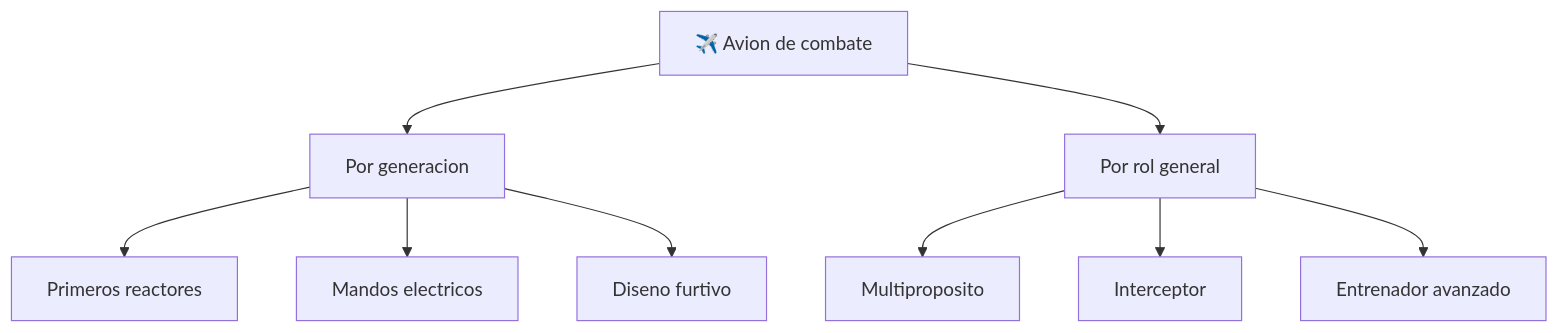
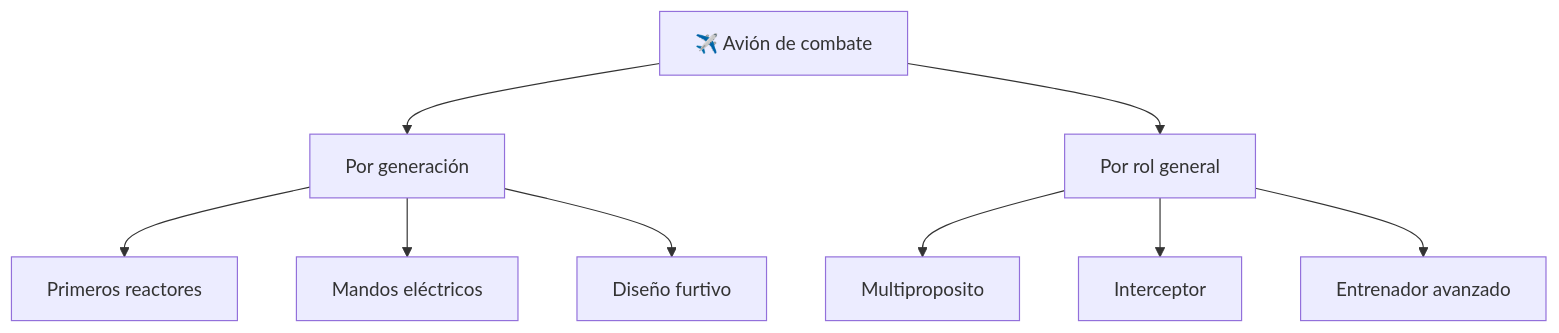
One commit to vladimiracunadev-create/machine-operator-program changed the diagram in vehiculos/aviones-combate/operacion/caracteristicas-avion-combate.md. Above: the diagram before and after it, drawn with Mermaid. The commit also changed other lines of this file and 442 other files, not shown here.

````diff
--- a/vehiculos/aviones-combate/operacion/caracteristicas-avion-combate.md
+++ b/vehiculos/aviones-combate/operacion/caracteristicas-avion-combate.md
@@ -35,11 +35,11 @@
 ```mermaid
 flowchart TD
-    Caza[✈️ Avion de combate] --> Gen[Por generacion]
+    Caza[✈️ Avión de combate] --> Gen[Por generación]
     Caza --> Rol[Por rol general]
     Gen --> G1[Primeros reactores]
-    Gen --> G4[Mandos electricos]
-    Gen --> G5[Diseno furtivo]
+    Gen --> G4[Mandos eléctricos]
+    Gen --> G5[Diseño furtivo]
     Rol --> Multi[Multiproposito]
     Rol --> Inter[Interceptor]
     Rol --> Entren[Entrenador avanzado]
 ```
````
